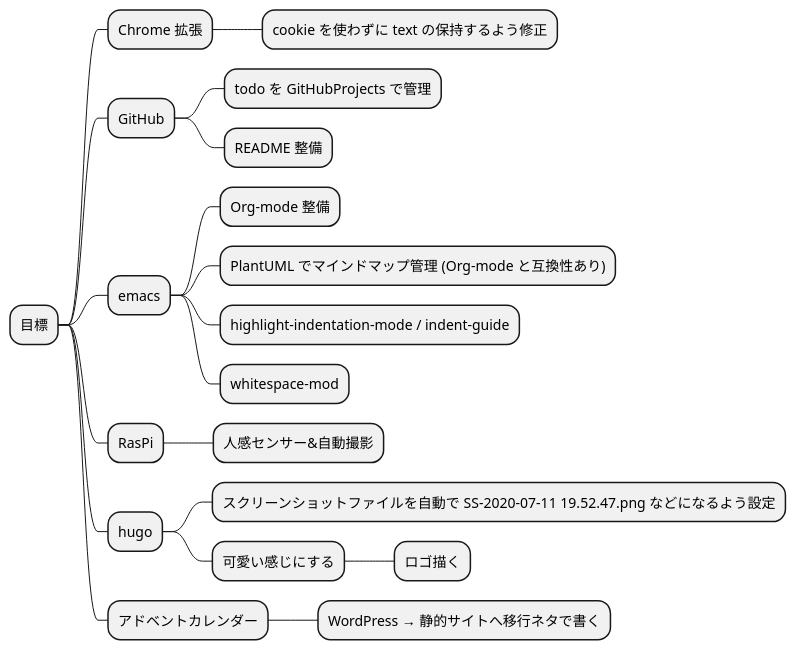
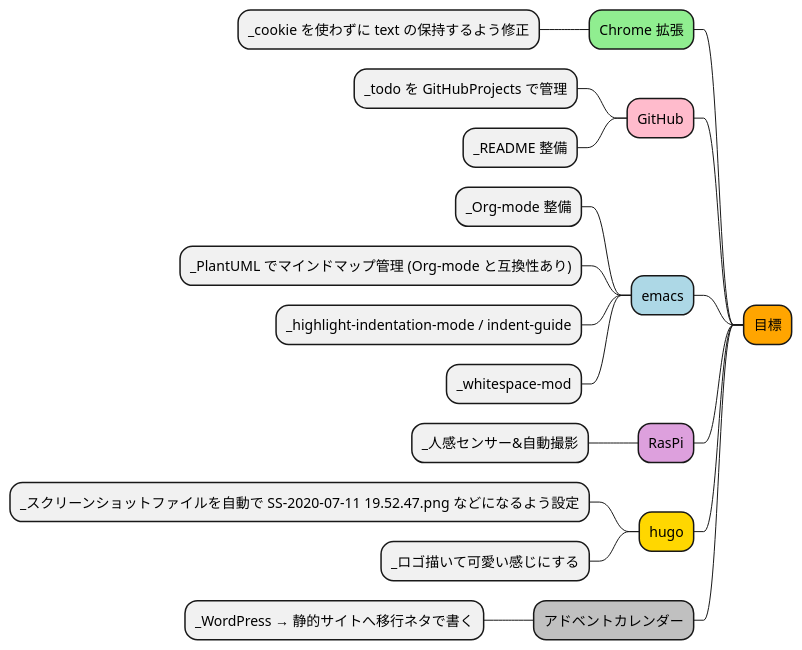
One commit to Ishizuka427/MindMap changed the diagram in test.puml. Above: the diagram before and after it, drawn with PlantUML.

```diff
--- a/test.puml
+++ b/test.puml
@@ -1,21 +1,20 @@
 @startmindmap
-* 目標
-** Chrome 拡張
-*** cookie を使わずに text の保持するよう修正
-** GitHub
-*** todo を GitHubProjects で管理
-*** README 整備
-** emacs
-*** Org-mode 整備
-*** PlantUML でマインドマップ管理 (Org-mode と互換性あり)
-*** highlight-indentation-mode / indent-guide
-*** whitespace-mod
-** RasPi
-*** 人感センサー&自動撮影
-** hugo
-*** スクリーンショットファイルを自動で SS-2020-07-11 19.52.47.png などになるよう設定
-*** 可愛い感じにする
-**** ロゴ描く
-** アドベントカレンダー
-*** WordPress → 静的サイトへ移行ネタで書く
++[#Orange] 目標
+--[#lightgreen] Chrome 拡張
+--- _cookie を使わずに text の保持するよう修正
+--[#FFBBCC] GitHub
+--- _todo を GitHubProjects で管理
+--- _README 整備
+--[#lightblue] emacs
+--- _Org-mode 整備
+--- _PlantUML でマインドマップ管理 (Org-mode と互換性あり)
+--- _highlight-indentation-mode / indent-guide
+--- _whitespace-mod
+--[#plum] RasPi
+--- _人感センサー&自動撮影
+--[#gold] hugo
+--- _スクリーンショットファイルを自動で SS-2020-07-11 19.52.47.png などになるよう設定
+--- _ロゴ描いて可愛い感じにする
+--[#silver] アドベントカレンダー
+--- _WordPress → 静的サイトへ移行ネタで書く
 @endmindmap
```
